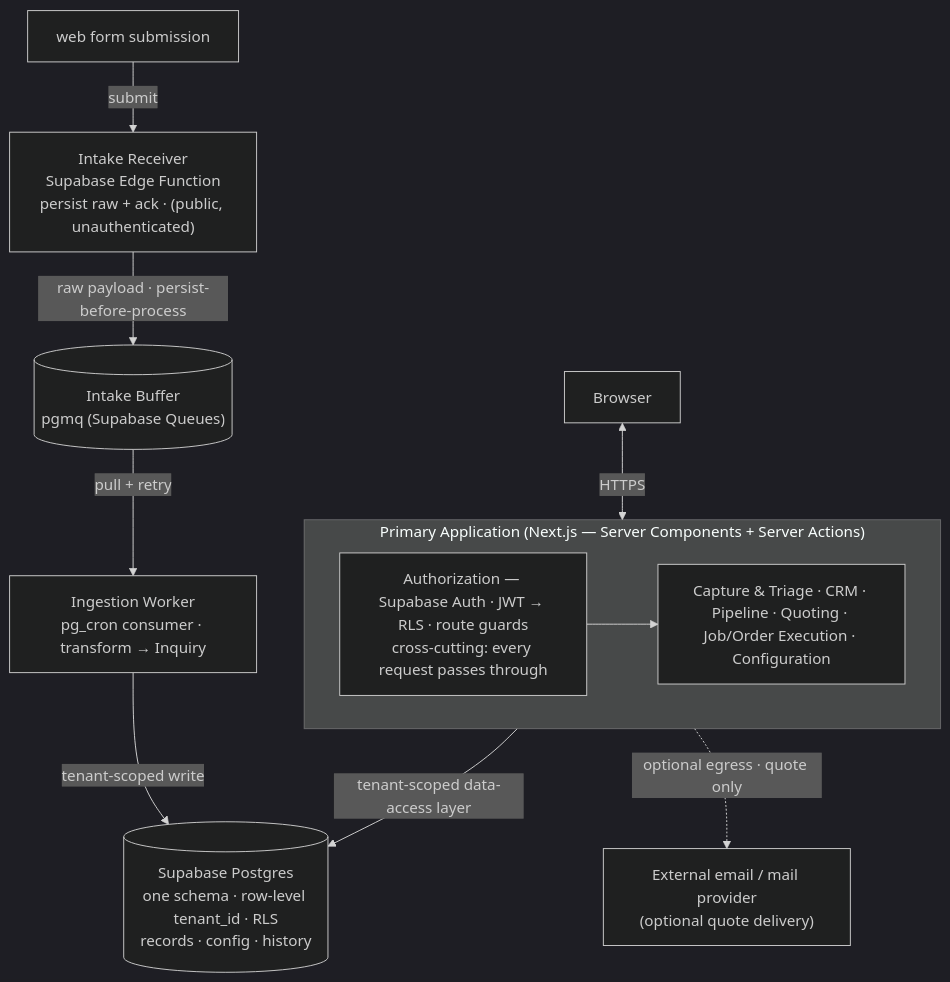
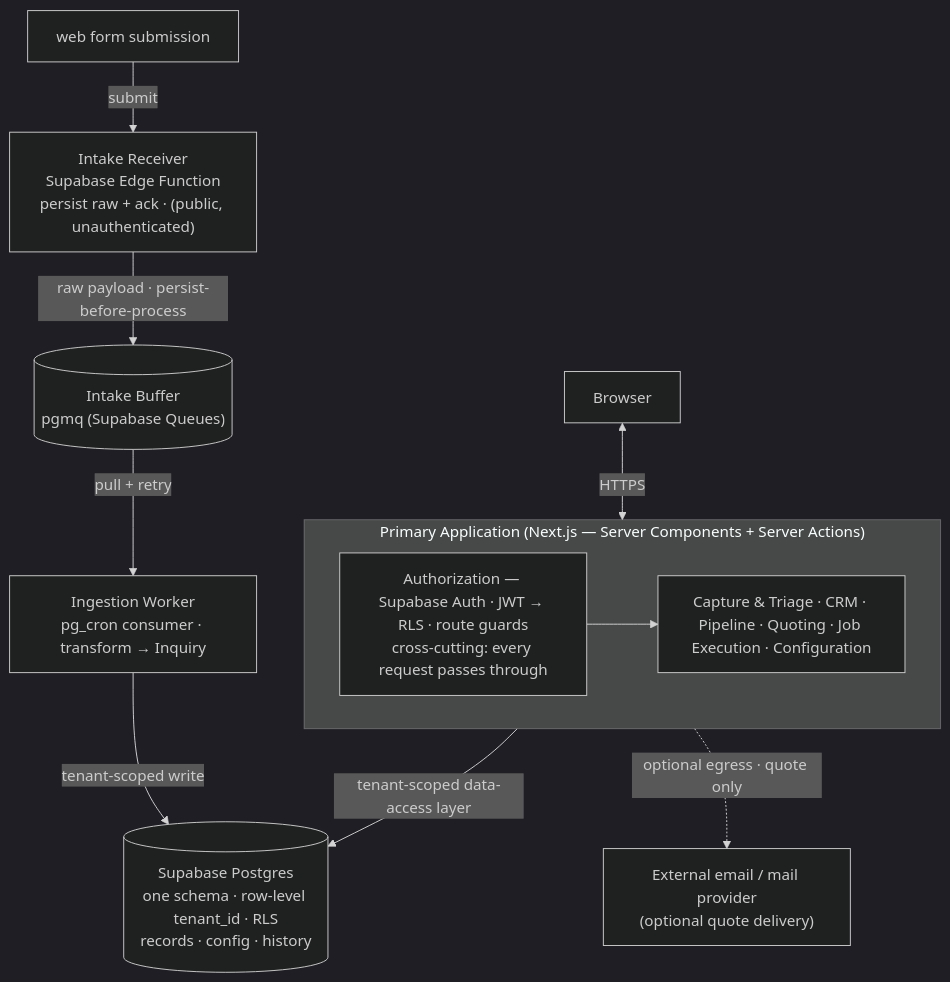
One commit to Cueserve/cs-cueviksync changed the first of 3 diagrams in docs/ARCHITECTURE.md. Above: the diagram before and after it, drawn with Mermaid (dark theme). The commit also changed other lines of this file and 4 other files, not shown here.

First line of the commit message:
docs: rename Job/Order to Job across the source-of-truth docs

````diff
--- a/docs/ARCHITECTURE.md
+++ b/docs/ARCHITECTURE.md
@@ -52,26 +52,26 @@
 ```mermaid
 flowchart TB
     form["web form submission"]
     browser["Browser"]
 
     receiver["Intake Receiver<br/>Supabase Edge Function<br/>persist raw + ack · (public, unauthenticated)"]
     buffer[("Intake Buffer<br/>pgmq (Supabase Queues)")]
     worker["Ingestion Worker<br/>pg_cron consumer · transform → Inquiry"]
 
     subgraph app["Primary Application (Next.js — Server Components + Server Actions)"]
         authz["Authorization — Supabase Auth · JWT → RLS · route guards<br/>cross-cutting: every request passes through"]
-        modules["Capture &amp; Triage · CRM · Pipeline · Quoting · Job/Order Execution · Configuration"]
+        modules["Capture &amp; Triage · CRM · Pipeline · Quoting · Job Execution · Configuration"]
         authz --> modules
     end
 
     store[("Supabase Postgres<br/>one schema · row-level tenant_id · RLS<br/>records · config · history")]
     ext["External email / mail provider<br/>(optional quote delivery)"]
 
     form -->|"submit"| receiver
     receiver -->|"raw payload · persist-before-process"| buffer
     buffer -->|"pull + retry"| worker
     worker -->|"tenant-scoped write"| store
     browser <-->|"HTTPS"| app
     app -->|"tenant-scoped data-access layer"| store
     app -.->|"optional egress · quote only"| ext
 ```
````
